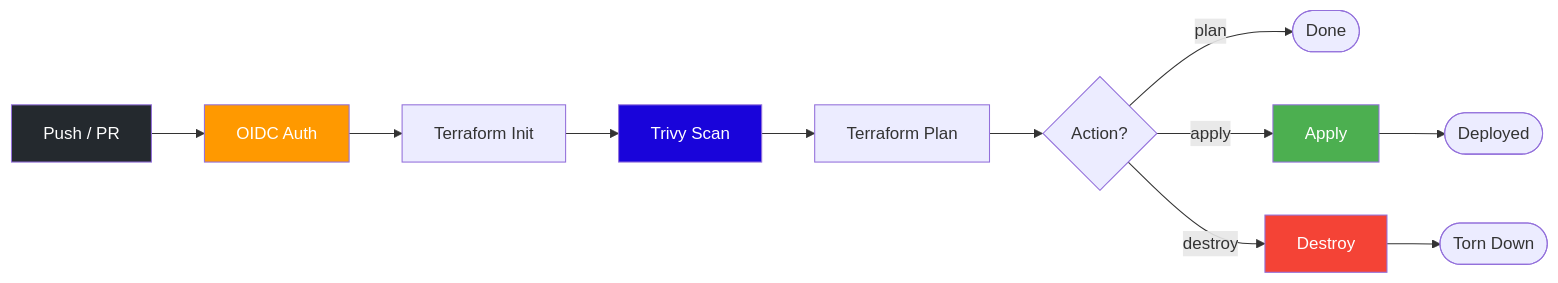
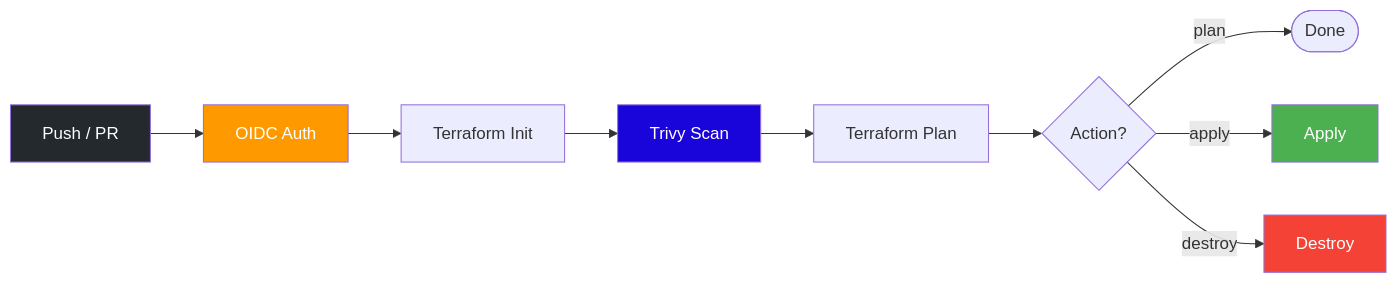
One commit to vegatros/repo1 changed the fourth of 5 diagrams in README.md. Above: the diagram before and after it, drawn with Mermaid. The commit also changed other lines of this file, not shown here.

````diff
--- a/README.md
+++ b/README.md
@@ -308,19 +309,16 @@
 ```mermaid
 flowchart LR
     A[Push / PR] --> B[OIDC Auth]
     B --> C[Terraform Init]
     C --> D[Trivy Scan]
     D --> E[Terraform Plan]
     E --> F{Action?}
     F -->|plan| G([Done])
     F -->|apply| H[Apply]
     F -->|destroy| I[Destroy]
-    H --> J([Deployed])
-    I --> K([Torn Down])
-
     style A fill:#24292e,color:#fff
     style B fill:#ff9900,color:#fff
     style D fill:#1904da,color:#fff
     style H fill:#4caf50,color:#fff
     style I fill:#f44336,color:#fff
 ```
````
